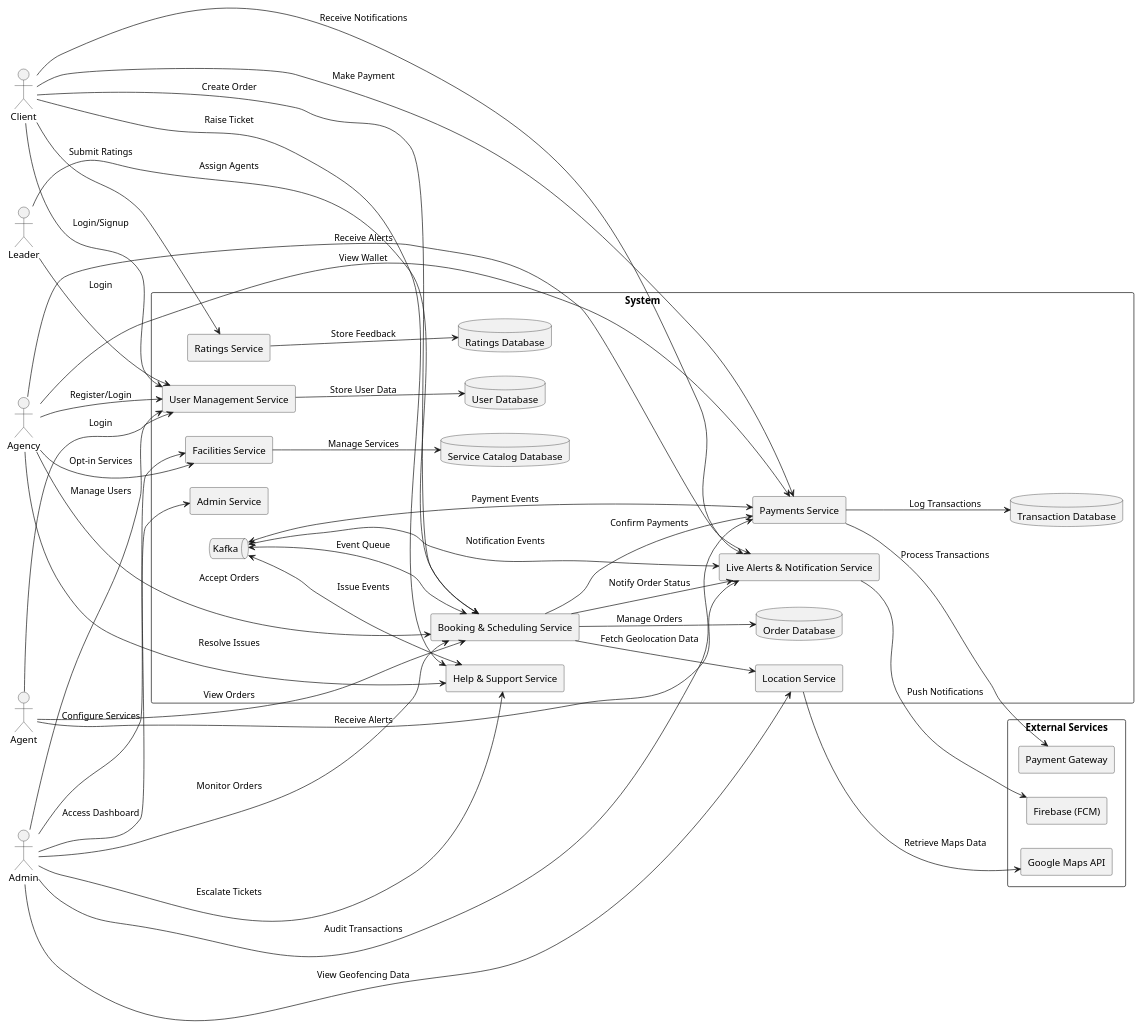
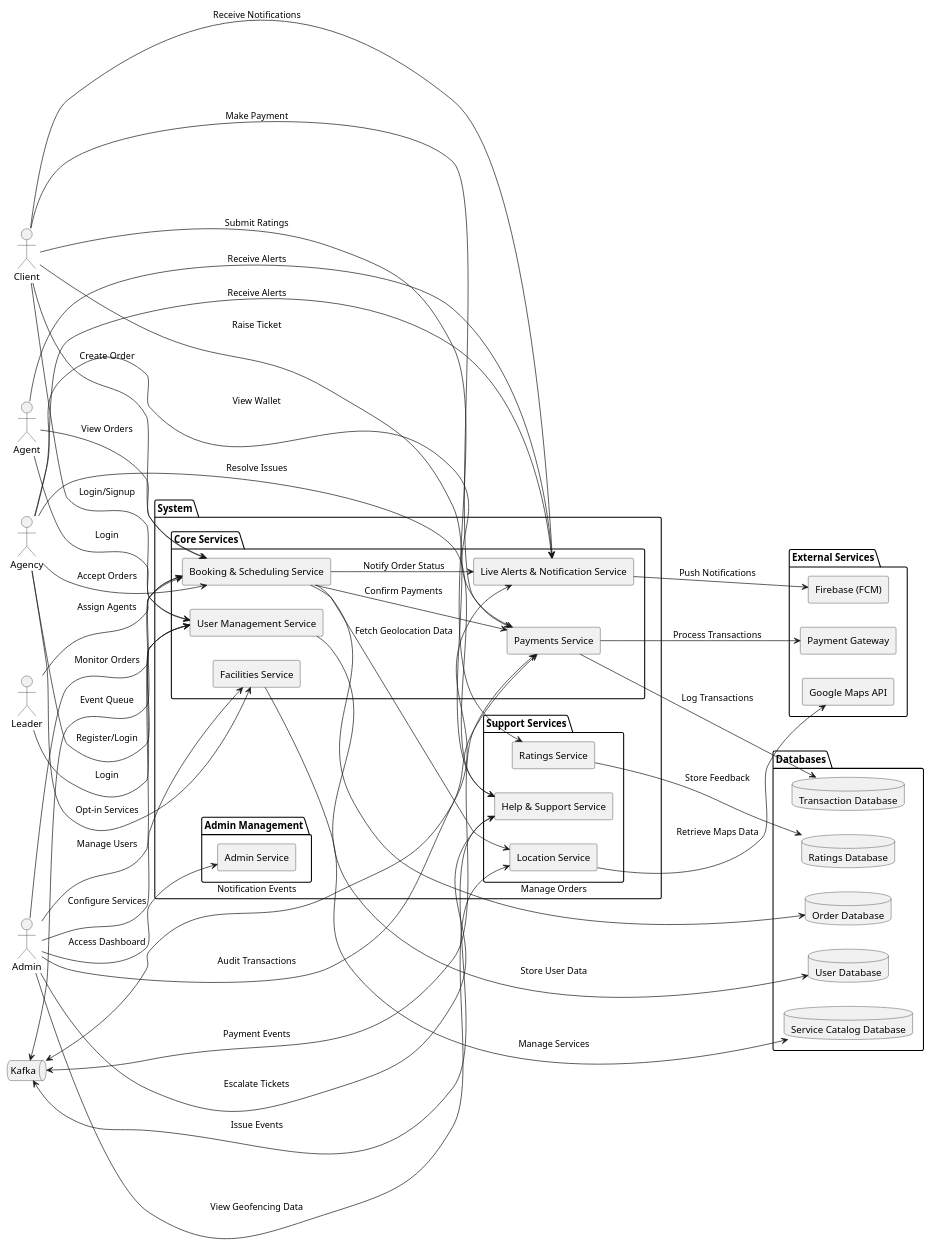
The diagram in hll.puml (yash10019coder/u2c-docs), drawn with PlantUML before and after one commit. The commit also changed 2 other files, not shown here.

```diff
--- a/hll.puml
+++ b/hll.puml
@@ -1,86 +1,103 @@
 @startuml
 left to right direction
 skinparam componentStyle rectangle
 
 actor Client
 actor Agency
 actor Leader
 actor Agent
 actor Admin
 
-rectangle "System" {
-    component "User Management Service" as UMS
-    component "Facilities Service" as FS
-    component "Booking & Scheduling Service" as BSS
-    component "Live Alerts & Notification Service" as LANS
-    component "Payments Service" as PS
-    component "Help & Support Service" as HSS
-    component "Ratings Service" as RS
-    component "Location Service" as LS
-    component "Admin Service" as AS
+package "System" {
+    package "Core Services" {
+        component "User Management Service" as UMS
+        component "Facilities Service" as FS
+        component "Booking & Scheduling Service" as BSS
+        component "Live Alerts & Notification Service" as LANS
+        component "Payments Service" as PS
+    }
 
+    package "Support Services" {
+        component "Help & Support Service" as HSS
+        component "Ratings Service" as RS
+        component "Location Service" as LS
+    }
+
+    package "Admin Management" {
+        component "Admin Service" as AS
+    }
+}
+
+package "Databases" {
     database "User Database" as DB_User
     database "Service Catalog Database" as DB_Facilities
     database "Order Database" as DB_Orders
     database "Transaction Database" as DB_Transactions
     database "Ratings Database" as DB_Ratings
-    queue "Kafka" as Kafka
-
 }
 
-rectangle "External Services" {
+queue "Kafka" as Kafka
 
+package "External Services" {
     component "Payment Gateway" as PG
     component "Firebase (FCM)" as FCM
     component "Google Maps API" as GMA
-    }
+}
 
+' Client Interactions
 Client --> UMS : Login/Signup
 Client --> BSS : Create Order
 Client --> LANS : Receive Notifications
 Client --> PS : Make Payment
 Client --> HSS : Raise Ticket
 Client --> RS : Submit Ratings
 
+' Agency Interactions
 Agency --> UMS : Register/Login
 Agency --> FS : Opt-in Services
 Agency --> BSS : Accept Orders
 Agency --> LANS : Receive Alerts
 Agency --> HSS : Resolve Issues
 Agency --> PS : View Wallet
 
+' Leader Interactions
 Leader --> UMS : Login
 Leader --> BSS : Assign Agents
 
+' Agent Interactions
 Agent --> UMS : Login
 Agent --> BSS : View Orders
 Agent --> LANS : Receive Alerts
 
+' Admin Interactions
 Admin --> UMS : Manage Users
 Admin --> FS : Configure Services
 Admin --> AS : Access Dashboard
 Admin --> BSS : Monitor Orders
 Admin --> PS : Audit Transactions
 Admin --> HSS : Escalate Tickets
 Admin --> LS : View Geofencing Data
 
+' Service Interactions
 BSS --> LS : Fetch Geolocation Data
 BSS --> PS : Confirm Payments
 BSS --> LANS : Notify Order Status
 
 LANS --> FCM : Push Notifications
 PS --> PG : Process Transactions
 LS --> GMA : Retrieve Maps Data
 
+' Database Interactions
 UMS --> DB_User : Store User Data
 FS --> DB_Facilities : Manage Services
 BSS --> DB_Orders : Manage Orders
 PS --> DB_Transactions : Log Transactions
 RS --> DB_Ratings : Store Feedback
 
+' Kafka Interactions
 Kafka <--> BSS : Event Queue
 Kafka <--> LANS : Notification Events
 Kafka <--> PS : Payment Events
 Kafka <--> HSS : Issue Events
 
 @enduml
```
